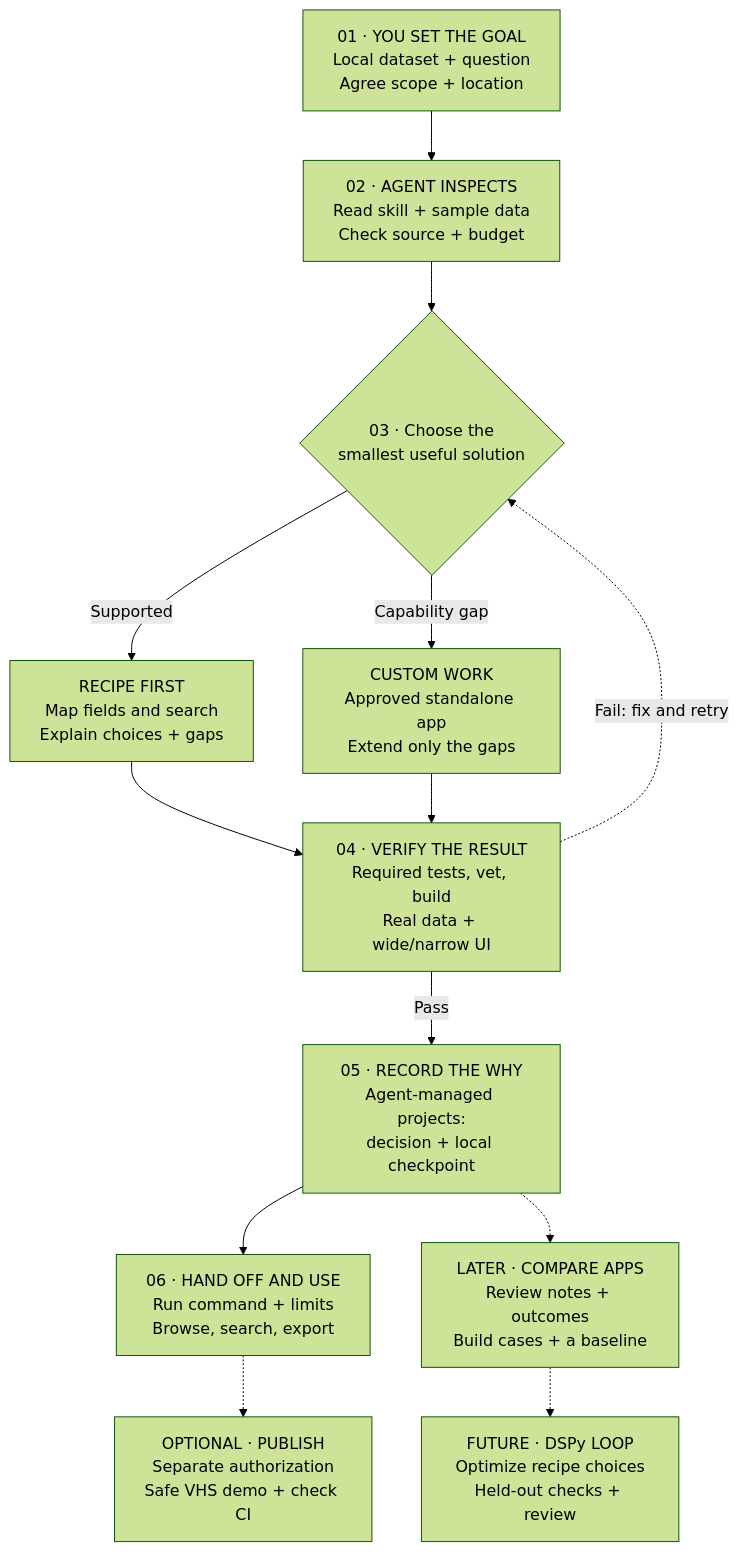
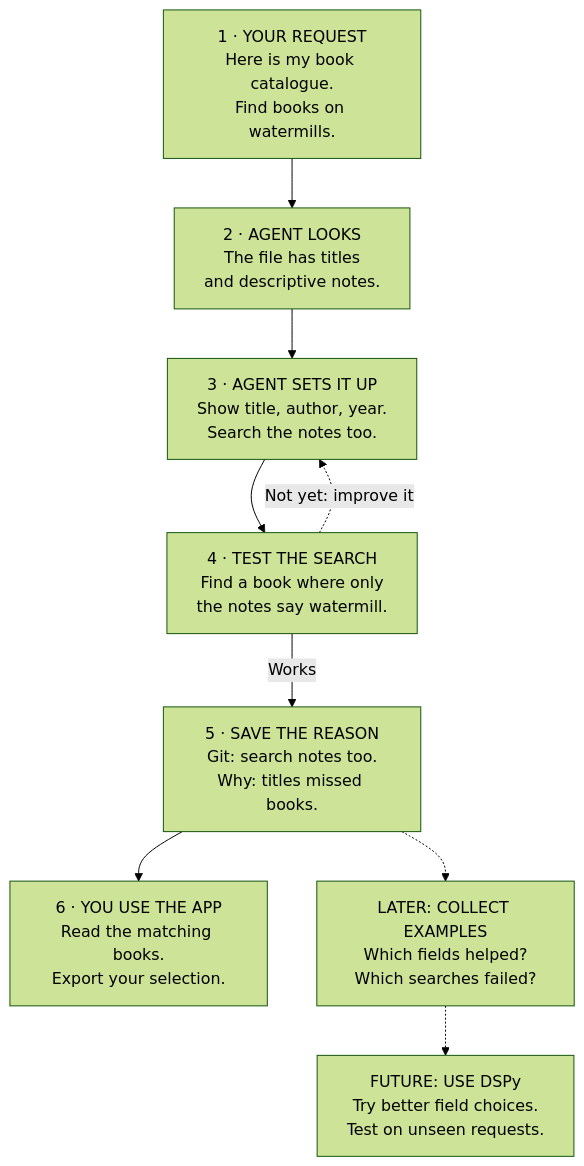
The diagram in profile/assets/kit-workflow.mmd (Dataset-explorer-tui-kit/.github), drawn with Mermaid (forest theme) before and after one commit. The commit also changed 7 other files, not shown here.

Commit message:
docs: explain the kit in plain language with a concrete book-search example

```diff
--- a/profile/assets/kit-workflow.mmd
+++ b/profile/assets/kit-workflow.mmd
@@ -1,29 +1,22 @@
 flowchart TD
-    intent["01 · YOU SET THE GOAL<br/>Local dataset + question<br/>Agree scope + location"]
-    inspect["02 · AGENT INSPECTS<br/>Read skill + sample data<br/>Check source + budget"]
-    fit{"03 · Choose the<br/>smallest useful solution"}
-    recipe["RECIPE FIRST<br/>Map fields and search<br/>Explain choices + gaps"]
-    custom["CUSTOM WORK<br/>Approved standalone app<br/>Extend only the gaps"]
-    verify["04 · VERIFY THE RESULT<br/>Required tests, vet, build<br/>Real data + wide/narrow UI"]
-    history["05 · RECORD THE WHY<br/>Agent-managed projects:<br/>decision + local checkpoint"]
-    use["06 · HAND OFF AND USE<br/>Run command + limits<br/>Browse, search, export"]
-    publish["OPTIONAL · PUBLISH<br/>Separate authorization<br/>Safe VHS demo + check CI"]
-    intent --> inspect
-    inspect --> fit
-    fit -->|Supported| recipe
-    fit -->|Capability gap| custom
-    recipe --> verify
-    custom --> verify
-    verify -->|Pass| history
-    verify -.->|Fail: fix and retry| fit
-    history --> use
-    use -.-> publish
-    learn["LATER · COMPARE APPS<br/>Review notes + outcomes<br/>Build cases + a baseline"]
-    optimize["FUTURE · DSPy LOOP<br/>Optimize recipe choices<br/>Held-out checks + review"]
-    history -.-> learn
-    learn -.-> optimize
-    class intent input
-    class inspect,fit,recipe,custom agent
-    class verify,history core
+    ask["1 · YOUR REQUEST<br/>Here is my book catalogue.<br/>Find books on watermills."]
+    inspect["2 · AGENT LOOKS<br/>The file has titles<br/>and descriptive notes."]
+    choose["3 · AGENT SETS IT UP<br/>Show title, author, year.<br/>Search the notes too."]
+    test["4 · TEST THE SEARCH<br/>Find a book where only<br/>the notes say watermill."]
+    save["5 · SAVE THE REASON<br/>Git: search notes too.<br/>Why: titles missed books."]
+    use["6 · YOU USE THE APP<br/>Read the matching books.<br/>Export your selection."]
+    ask --> inspect
+    inspect --> choose
+    choose --> test
+    test -->|Works| save
+    test -.->|Not yet: improve it| choose
+    save --> use
+    lessons["LATER: COLLECT EXAMPLES<br/>Which fields helped?<br/>Which searches failed?"]
+    improve["FUTURE: USE DSPy<br/>Try better field choices.<br/>Test on unseen requests."]
+    save -.-> lessons
+    lessons -.-> improve
+    class ask input
+    class inspect,choose agent
+    class test,save core
     class use output
-    class publish,learn,optimize optional
+    class lessons,improve optional
```
